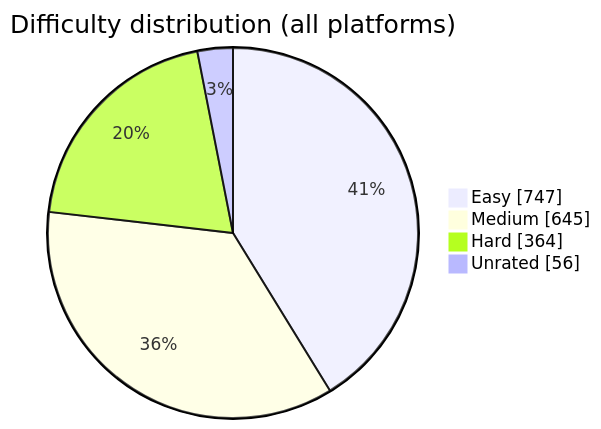
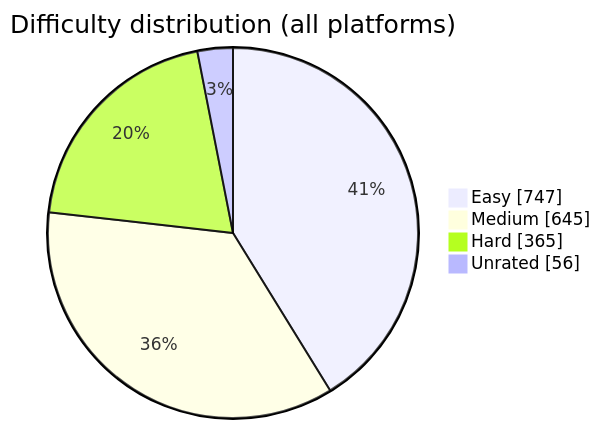
One commit to BuildbyArindam/Daily-Coding-Log changed the diagram in README.md. Above: the diagram before and after it, drawn with Mermaid. The commit also changed other lines of this file, not shown here.

````diff
--- a/README.md
+++ b/README.md
@@ -108,7 +108,7 @@
 ```mermaid
 pie showData title Difficulty distribution (all platforms)
     "Easy" : 747
     "Medium" : 645
-    "Hard" : 364
+    "Hard" : 365
     "Unrated" : 56
 ```
````
